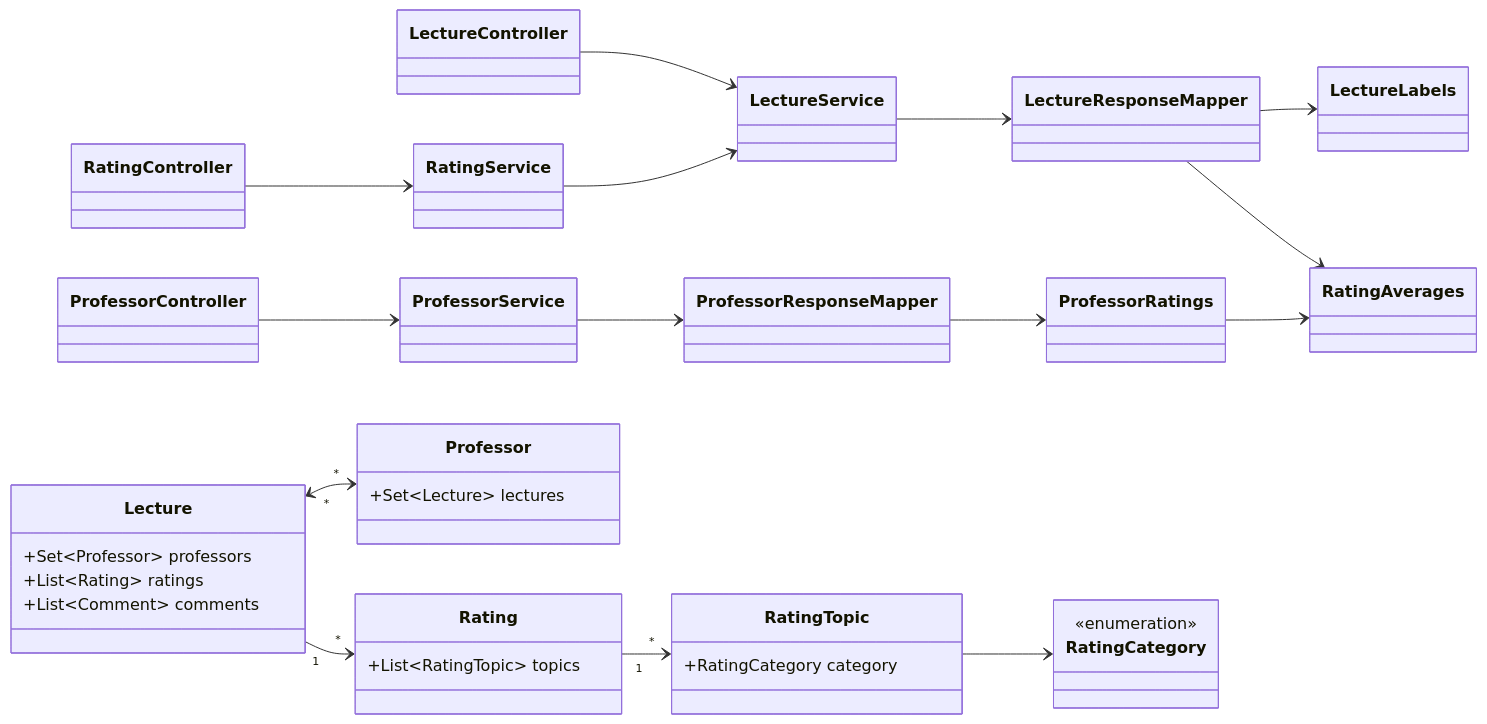
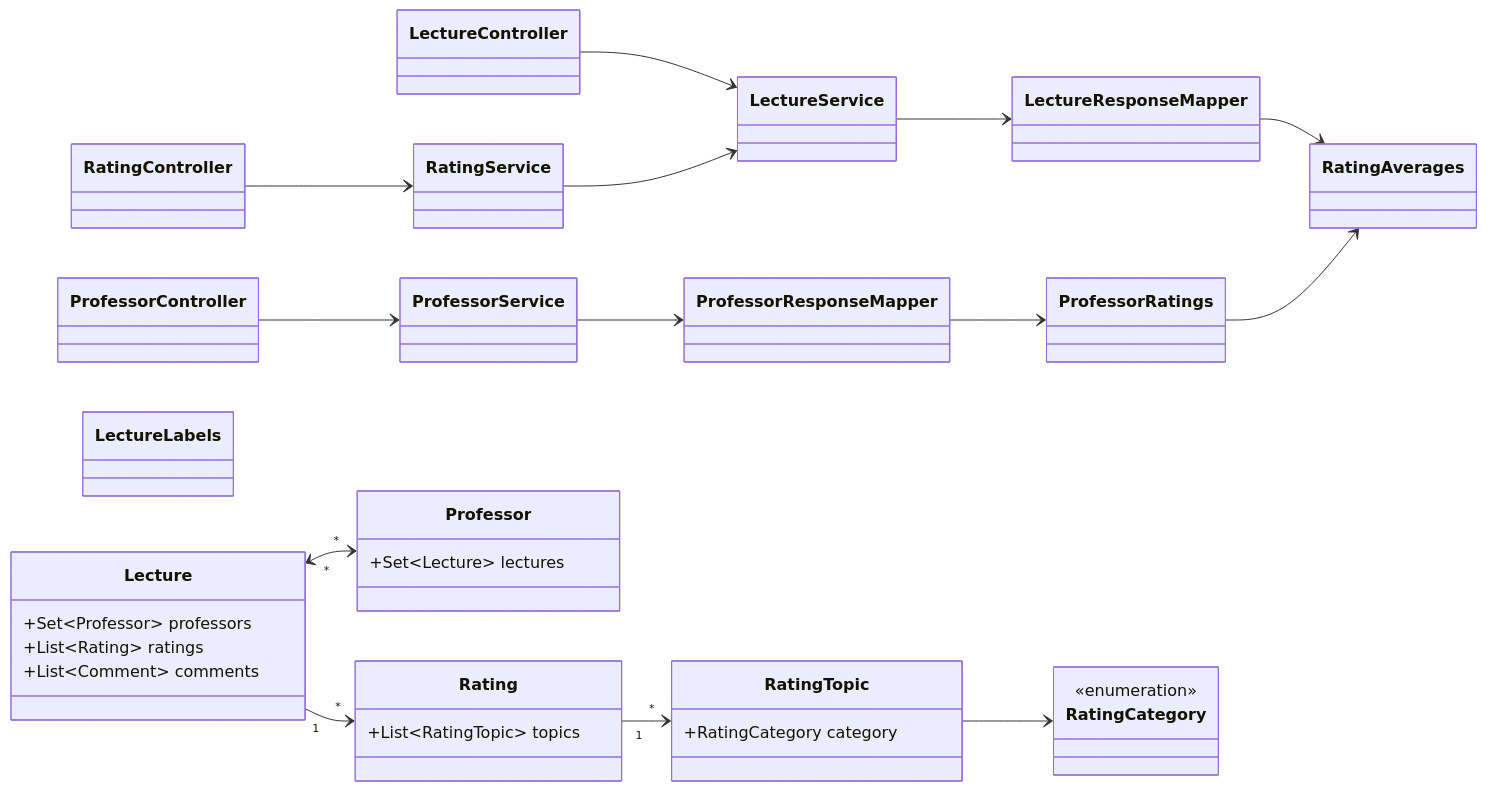
The fifth of 6 diagrams in backend/docs/class-diagrams.md (AlparslanSemiz/rate-my-professor), drawn with Mermaid before and after one commit. The commit also changed other lines of this file, not shown here.

Commit message:
correct the class diagrams

````diff
--- a/backend/docs/class-diagrams.md
+++ b/backend/docs/class-diagrams.md
@@ -337,53 +425,52 @@
 ```mermaid
 classDiagram
     direction LR
 
     class LectureController
     class ProfessorController
     class RatingController
 
     class LectureService
     class ProfessorService
     class RatingService
 
     class LectureResponseMapper
     class ProfessorResponseMapper
     class LectureLabels
     class RatingAverages
     class ProfessorRatings
 
     class Lecture {
         +Set~Professor~ professors
         +List~Rating~ ratings
         +List~Comment~ comments
     }
     class Professor {
         +Set~Lecture~ lectures
     }
     class Rating {
         +List~RatingTopic~ topics
     }
     class RatingCategory {
         <<enumeration>>
     }
     class RatingTopic {
         +RatingCategory category
     }
 
     LectureController --> LectureService
     ProfessorController --> ProfessorService
     RatingController --> RatingService
     RatingService --> LectureService
 
     LectureService --> LectureResponseMapper
     ProfessorService --> ProfessorResponseMapper
-    LectureResponseMapper --> LectureLabels
     LectureResponseMapper --> RatingAverages
     ProfessorResponseMapper --> ProfessorRatings
     ProfessorRatings --> RatingAverages
 
     Lecture "*" <--> "*" Professor
     Lecture "1" --> "*" Rating
     Rating "1" --> "*" RatingTopic
     RatingTopic --> RatingCategory
 ```
````
